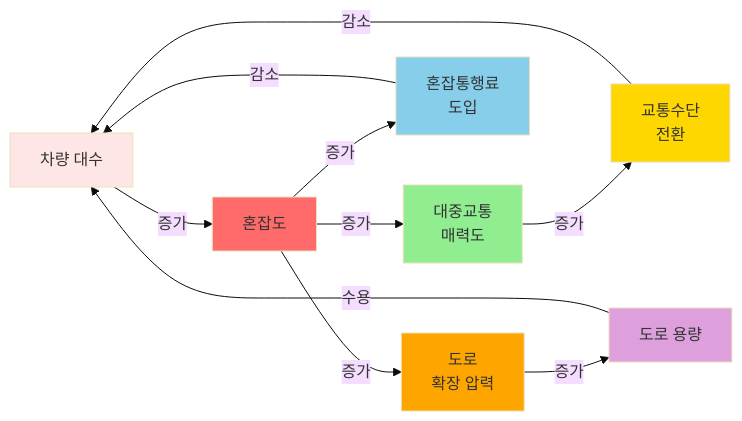
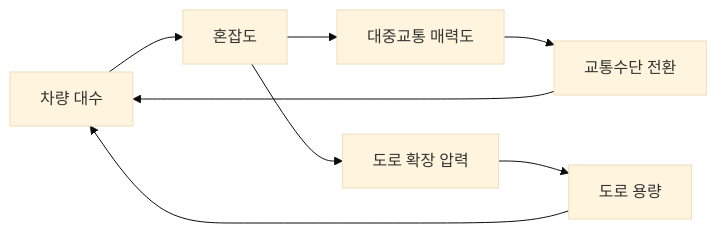
The diagram in lecture/chapter12.md (LeeSeogMin/causal), drawn with Mermaid (base theme) before and after one commit. The commit also changed other lines of this file and 12 other files, not shown here.

````diff
--- a/lecture/chapter12.md
+++ b/lecture/chapter12.md
@@ -153,21 +125,10 @@
 ```mermaid
 graph LR
-    V[차량 대수] -->|증가| C[혼잡도]
-    C -->|증가| PT[대중교통<br/>매력도]
-    PT -->|증가| Switch[교통수단<br/>전환]
-    Switch -->|감소| V
-    C -->|증가| Toll[혼잡통행료<br/>도입]
-    Toll -->|감소| V
-    C -->|증가| Road[도로<br/>확장 압력]
-    Road -->|증가| Cap[도로 용량]
-    Cap -->|수용| V
-
-    style V fill:#FFE6E6
-    style C fill:#FF6B6B
-    style PT fill:#90EE90
-    style Switch fill:#FFD700
-    style Toll fill:#87CEEB
-    style Road fill:#FFA500
-    style Cap fill:#DDA0DD
-
+    V[차량 대수] --> C[혼잡도]
+    C --> PT[대중교통 매력도]
+    PT --> SW[교통수단 전환]
+    SW --> V
+    C --> RD[도로 확장 압력]
+    RD --> CAP[도로 용량]
+    CAP --> V
 ```
````
